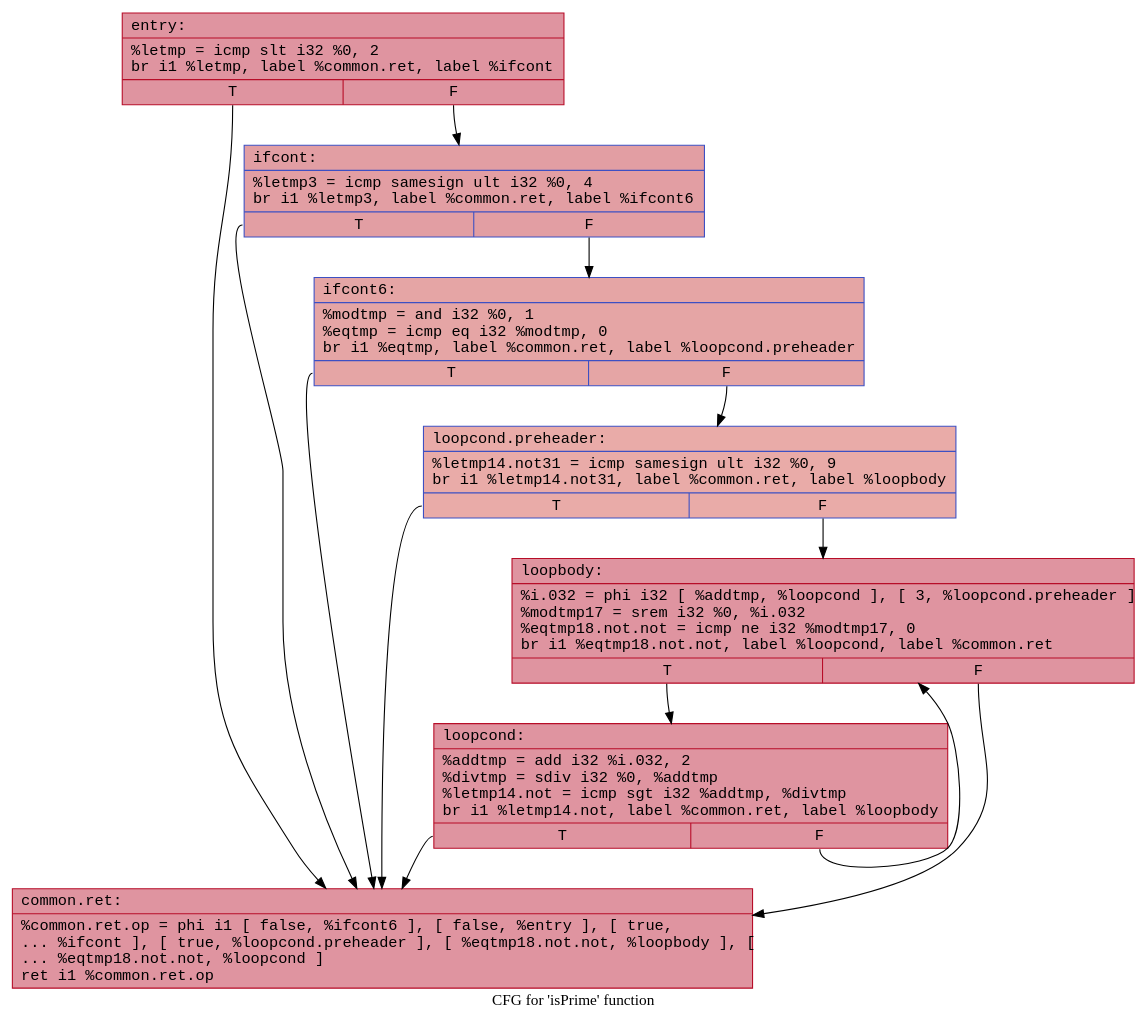
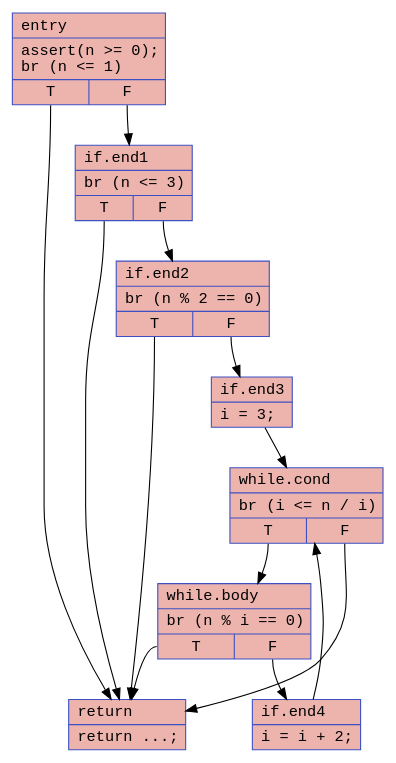
One commit to twanman1412/blueprintScript changed the second of 4 diagrams in examples/prime_test/prime_test.md. Above: the diagram before and after it, drawn with Graphviz. The commit also changed other lines of this file and 58 other files, not shown here.

````diff
--- a/examples/prime_test/prime_test.md
+++ b/examples/prime_test/prime_test.md
@@ -105,25 +46,31 @@
 ```dot
-digraph "CFG for 'isPrime' function" {
-	label="CFG for 'isPrime' function";
+digraph "CFG for isPrime" {
+	entry [shape=record, color="#3d50c3ff", style=filled, fillcolor="#d6524470", fontname="Courier", label="{entry\l|assert(n \>= 0);\lbr (n \<= 1)\l|{<s0>T|<s1>F}}"];
+	entry:s0 -> ret;
+	entry:s1 -> if_end1;
 
-	Node0x564dec6d2070 [shape=record,color="#b70d28ff", style=filled, fillcolor="#b70d2870", fontname="Courier",label="{entry:\l|  %letmp = icmp slt i32 %0, 2\l  br i1 %letmp, label %common.ret, label %ifcont\l|{<s0>T|<s1>F}}"];
-	Node0x564dec6d2070:s0 -> Node0x564dec6d21b0;
-	Node0x564dec6d2070:s1 -> Node0x564dec6d28e0;
-	Node0x564dec6d21b0 [shape=record,color="#b70d28ff", style=filled, fillcolor="#b70d2870", fontname="Courier",label="{common.ret:\l|  %common.ret.op = phi i1 [ false, %ifcont6 ], [ false, %entry ], [ true,\l... %ifcont ], [ true, %loopcond.preheader ], [ %eqtmp18.not.not, %loopbody ], [\l... %eqtmp18.not.not, %loopcond ]\l  ret i1 %common.ret.op\l}"];
-	Node0x564dec6d28e0 [shape=record,color="#3d50c3ff", style=filled, fillcolor="#be242e70", fontname="Courier",label="{ifcont:\l|  %letmp3 = icmp samesign ult i32 %0, 4\l  br i1 %letmp3, label %common.ret, label %ifcont6\l|{<s0>T|<s1>F}}"];
-	Node0x564dec6d28e0:s0 -> Node0x564dec6d21b0;
-	Node0x564dec6d28e0:s1 -> Node0x564dec6d2880;
-	Node0x564dec6d2880 [shape=record,color="#3d50c3ff", style=filled, fillcolor="#c5333470", fontname="Courier",label="{ifcont6:\l|  %modtmp = and i32 %0, 1\l  %eqtmp = icmp eq i32 %modtmp, 0\l  br i1 %eqtmp, label %common.ret, label %loopcond.preheader\l|{<s0>T|<s1>F}}"];
-	Node0x564dec6d2880:s0 -> Node0x564dec6d21b0;
-	Node0x564dec6d2880:s1 -> Node0x564dec6d33a0;
-	Node0x564dec6d33a0 [shape=record,color="#3d50c3ff", style=filled, fillcolor="#cc403a70", fontname="Courier",label="{loopcond.preheader:\l|  %letmp14.not31 = icmp samesign ult i32 %0, 9\l  br i1 %letmp14.not31, label %common.ret, label %loopbody\l|{<s0>T|<s1>F}}"];
-	Node0x564dec6d33a0:s0 -> Node0x564dec6d21b0;
-	Node0x564dec6d33a0:s1 -> Node0x564dec6d3540;
-	Node0x564dec6d3660 [shape=record,color="#b70d28ff", style=filled, fillcolor="#b70d2870", fontname="Courier",label="{loopcond:\l|  %addtmp = add i32 %i.032, 2\l  %divtmp = sdiv i32 %0, %addtmp\l  %letmp14.not = icmp sgt i32 %addtmp, %divtmp\l  br i1 %letmp14.not, label %common.ret, label %loopbody\l|{<s0>T|<s1>F}}"];
-	Node0x564dec6d3660:s0 -> Node0x564dec6d21b0;
-	Node0x564dec6d3660:s1 -> Node0x564dec6d3540;
-	Node0x564dec6d3540 [shape=record,color="#b70d28ff", style=filled, fillcolor="#b70d2870", fontname="Courier",label="{loopbody:\l|  %i.032 = phi i32 [ %addtmp, %loopcond ], [ 3, %loopcond.preheader ]\l  %modtmp17 = srem i32 %0, %i.032\l  %eqtmp18.not.not = icmp ne i32 %modtmp17, 0\l  br i1 %eqtmp18.not.not, label %loopcond, label %common.ret\l|{<s0>T|<s1>F}}"];
-	Node0x564dec6d3540:s0 -> Node0x564dec6d3660;
-	Node0x564dec6d3540:s1 -> Node0x564dec6d21b0;
+	if_end1 [shape=record, color="#3d50c3ff", style=filled, fillcolor="#d6524470", fontname="Courier", label="{if.end1\l|br (n \<= 3)\l|{<s0>T|<s1>F}}"];
+	if_end1:s0 -> ret;
+	if_end1:s1 -> if_end2;
+
+	if_end2 [shape=record, color="#3d50c3ff", style=filled, fillcolor="#d6524470", fontname="Courier", label="{if.end2\l|br (n % 2 == 0)\l|{<s0>T|<s1>F}}"];
+	if_end2:s0 -> ret;
+	if_end2:s1 -> if_end3;
+
+	if_end3 [shape=record, color="#3d50c3ff", style=filled, fillcolor="#d6524470", fontname="Courier", label="{if.end3\l|i = 3;\l}"];
+	if_end3 -> while_cond;
+
+	while_cond [shape=record, color="#3d50c3ff", style=filled, fillcolor="#d6524470", fontname="Courier", label="{while.cond\l|br (i \<= n / i)\l|{<s0>T|<s1>F}}"];
+	while_cond:s0 -> while_body;
+	while_cond:s1 -> ret;
+
+	while_body [shape=record, color="#3d50c3ff", style=filled, fillcolor="#d6524470", fontname="Courier", label="{while.body\l|br (n % i == 0)\l|{<s0>T|<s1>F}}"];
+	while_body:s0 -> ret;
+	while_body:s1 -> if_end4;
+
+	if_end4 [shape=record, color="#3d50c3ff", style=filled, fillcolor="#d6524470", fontname="Courier", label="{if.end4\l|i = i + 2;\l}"];
+	if_end4 -> while_cond;
+
+	ret [shape=record, color="#3d50c3ff", style=filled, fillcolor="#d6524470", fontname="Courier", label="{return\l|return ...;\l}"];
 }
 ```
````
